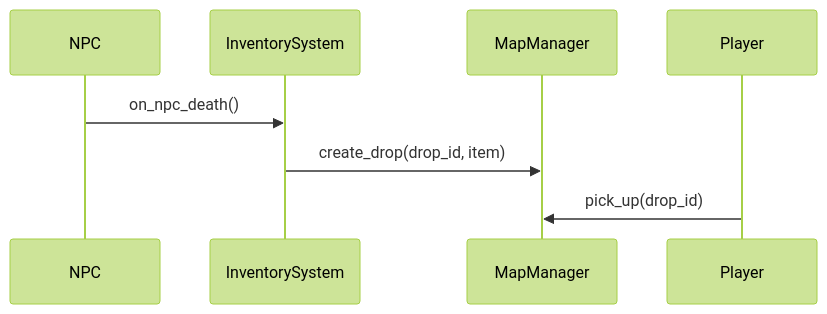
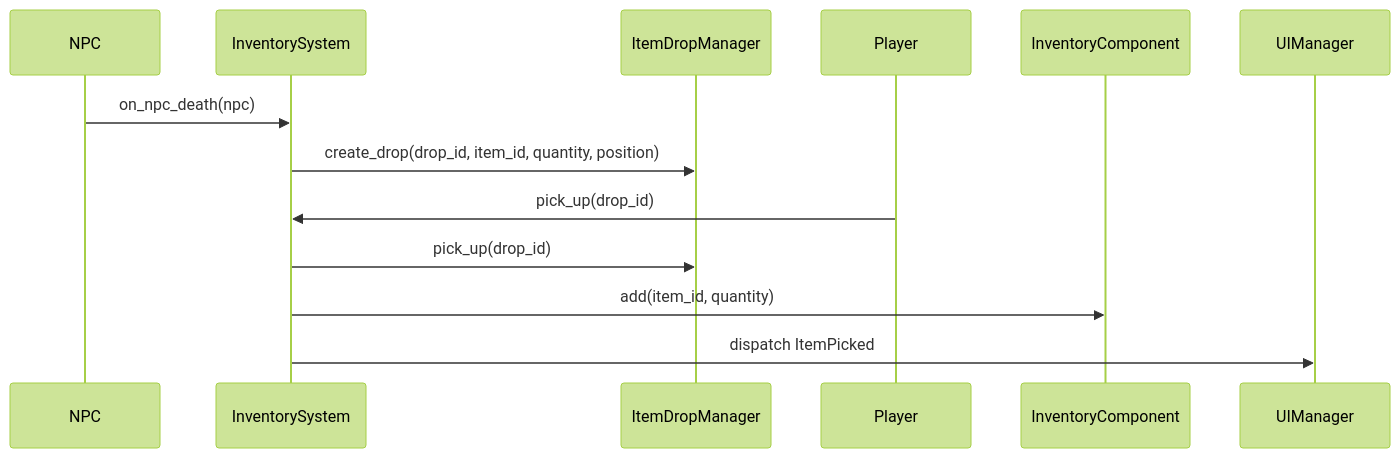
One commit to gabriel-klettur/RogueLike changed the second of 2 diagrams in docs/developer_guide/Inventario.md. Above: the diagram before and after it, drawn with Mermaid (forest theme). The commit also changed other lines of this file and 6 other files, not shown here.

````diff
--- a/docs/developer_guide/Inventario.md
+++ b/docs/developer_guide/Inventario.md
@@ -373,6 +373,9 @@
 ```mermaid
 sequenceDiagram
-    NPC->>InventorySystem: on_npc_death()
-    InventorySystem->>MapManager: create_drop(drop_id, item)
-    Player->>MapManager: pick_up(drop_id)
+    NPC->>InventorySystem: on_npc_death(npc)
+    InventorySystem->>ItemDropManager: create_drop(drop_id, item_id, quantity, position)
+    Player->>InventorySystem: pick_up(drop_id)
+    InventorySystem->>ItemDropManager: pick_up(drop_id)
+    InventorySystem->>InventoryComponent: add(item_id, quantity)
+    InventorySystem->>UIManager: dispatch ItemPicked
 ```
````
